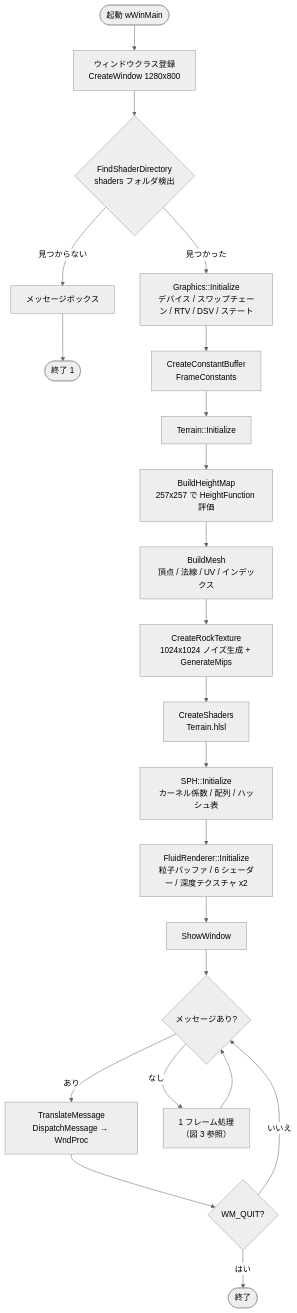
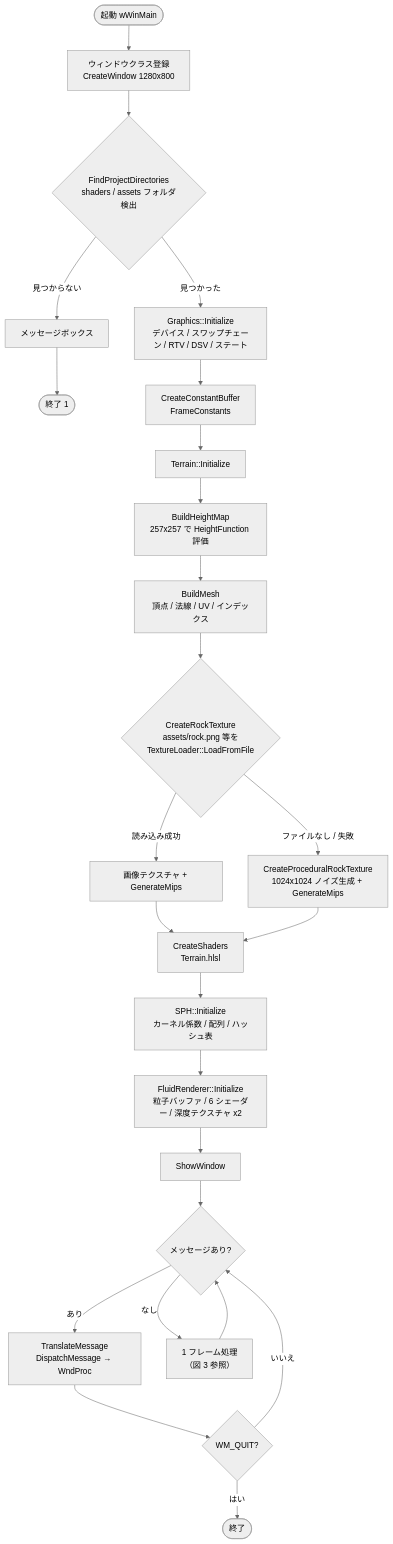
Before and after one commit to githubtarohario/water_from_mountain: the second of 11 diagrams in docs/FLOW.md, drawn with Mermaid (neutral theme). The commit also changed other lines of this file and 13 other files, not shown here.

First line of the commit message:
岩テクスチャを画像ファイル (assets/rock.png) から読み込むように変更

````diff
--- a/docs/FLOW.md
+++ b/docs/FLOW.md
@@ -57,23 +59,26 @@
 ```mermaid
 flowchart TD
     START([起動 wWinMain]) --> REG[ウィンドウクラス登録<br/>CreateWindow 1280x800]
-    REG --> FSD{FindShaderDirectory<br/>shaders フォルダ検出}
+    REG --> FSD{FindProjectDirectories<br/>shaders / assets フォルダ検出}
     FSD -->|見つからない| ERR1[メッセージボックス] --> END1([終了 1])
     FSD -->|見つかった| GI[Graphics::Initialize<br/>デバイス / スワップチェーン / RTV / DSV / ステート]
     GI --> CBUF[CreateConstantBuffer<br/>FrameConstants]
     CBUF --> TI[Terrain::Initialize]
     TI --> TI1[BuildHeightMap<br/>257x257 で HeightFunction 評価]
     TI1 --> TI2[BuildMesh<br/>頂点 / 法線 / UV / インデックス]
-    TI2 --> TI3[CreateRockTexture<br/>1024x1024 ノイズ生成 + GenerateMips]
-    TI3 --> TI4[CreateShaders<br/>Terrain.hlsl]
+    TI2 --> TI3{CreateRockTexture<br/>assets/rock.png 等を<br/>TextureLoader::LoadFromFile}
+    TI3 -->|読み込み成功| TI3B[画像テクスチャ + GenerateMips]
+    TI3 -->|ファイルなし / 失敗| TI3C[CreateProceduralRockTexture<br/>1024x1024 ノイズ生成 + GenerateMips]
+    TI3B --> TI4[CreateShaders<br/>Terrain.hlsl]
+    TI3C --> TI4
     TI4 --> SI[SPH::Initialize<br/>カーネル係数 / 配列 / ハッシュ表]
     SI --> FI[FluidRenderer::Initialize<br/>粒子バッファ / 6 シェーダー / 深度テクスチャ x2]
     FI --> SHOW[ShowWindow]
     SHOW --> LOOP{メッセージあり?}
     LOOP -->|あり| MSG[TranslateMessage<br/>DispatchMessage → WndProc]
     MSG --> QUIT{WM_QUIT?}
     QUIT -->|はい| END2([終了])
     QUIT -->|いいえ| LOOP
     LOOP -->|なし| FRAME[1 フレーム処理<br/>（図 3 参照）]
     FRAME --> LOOP
 ```
````
